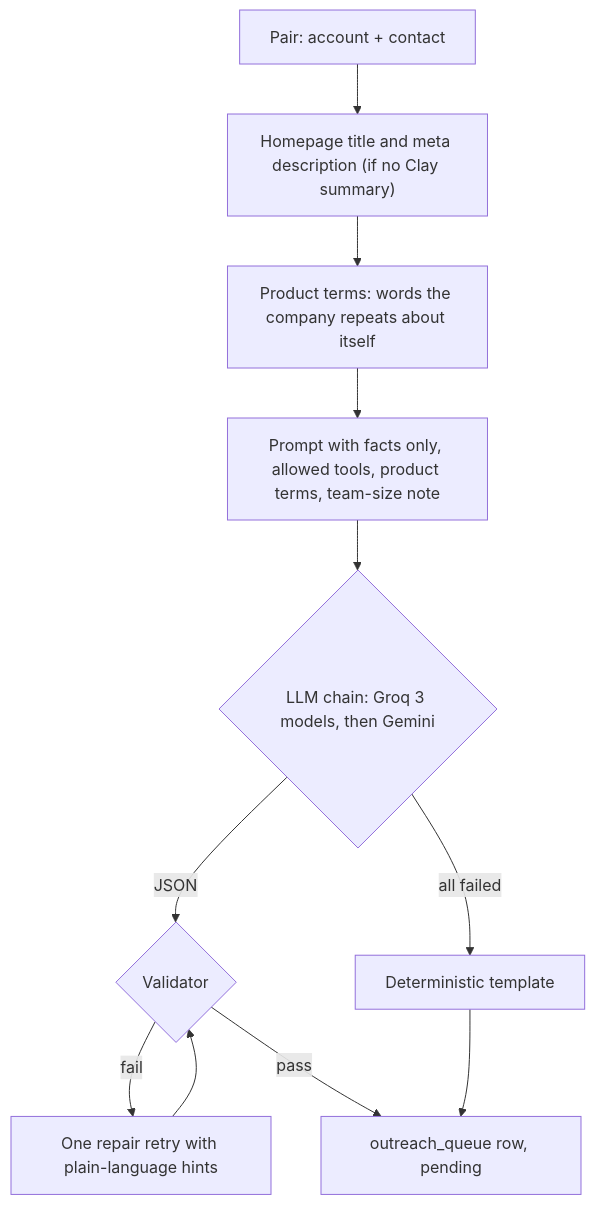
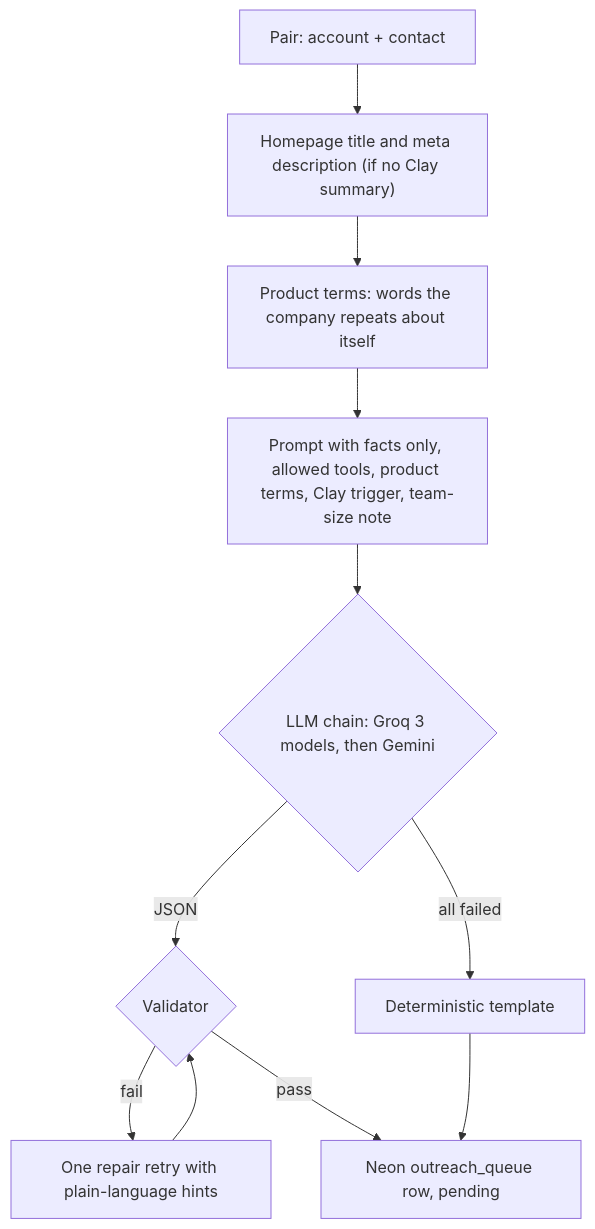
Before and after one commit to mohamedlandolsi/personal-gtm-engine: the diagram in docs/ARCHITECTURE.md, drawn with Mermaid. The commit also changed other lines of this file and 28 other files, not shown here.

````diff
--- a/docs/ARCHITECTURE.md
+++ b/docs/ARCHITECTURE.md
@@ -73,11 +77,11 @@
 ```mermaid
 flowchart TB
     A[Pair: account + contact] --> B["Homepage title and meta description (if no Clay summary)"]
     B --> C["Product terms: words the company repeats about itself"]
-    C --> D["Prompt with facts only, allowed tools, product terms, team-size note"]
+    C --> D["Prompt with facts only, allowed tools, product terms, Clay trigger, team-size note"]
     D --> E{"LLM chain: Groq 3 models, then Gemini"}
     E -->|JSON| V{"Validator"}
     V -->|fail| R["One repair retry with plain-language hints"] --> V
-    V -->|pass| OUT[outreach_queue row, pending]
+    V -->|pass| OUT["Neon outreach_queue row, pending"]
     E -->|all failed| TPL[Deterministic template] --> OUT
 ```
````
